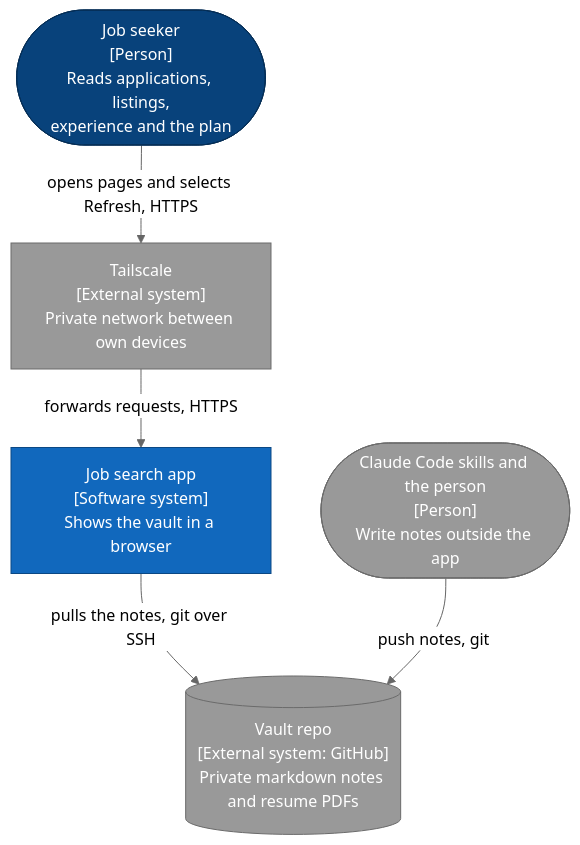
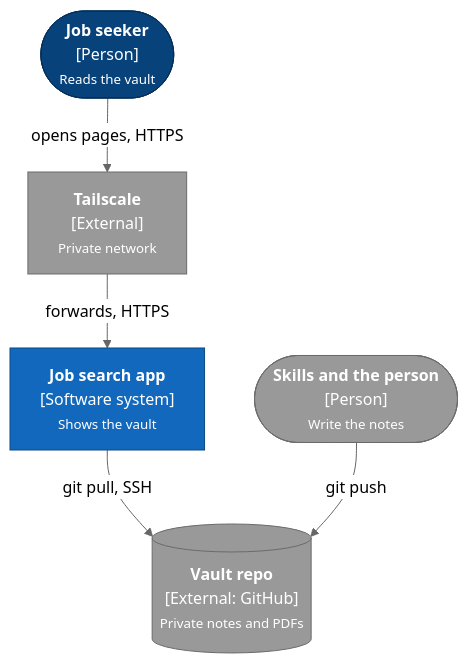
One commit to lyeyixian/job-search-app changed the first of 2 diagrams in docs/architecture/README.md. Above: the diagram before and after it, drawn with Mermaid (neutral theme). The commit also changed other lines of this file and 4 other files, not shown here.

First line of the commit message:
Shorten diagram labels and set line limits in the templates

````diff
--- a/docs/architecture/README.md
+++ b/docs/architecture/README.md
@@ -24,20 +24,20 @@
 ```mermaid
 flowchart TB
-    user(["Job seeker<br/>[Person]<br/>Reads applications, listings,<br/>experience and the plan"]):::person
-    app["Job search app<br/>[Software system]<br/>Shows the vault in a browser"]:::system
-    tailnet["Tailscale<br/>[External system]<br/>Private network between own devices"]:::external
-    vault[("Vault repo<br/>[External system: GitHub]<br/>Private markdown notes and resume PDFs")]:::external
-    writers(["Claude Code skills and the person<br/>[Person]<br/>Write notes outside the app"]):::external
+    user(["<b>Job seeker</b><br/>[Person]<br/><small>Reads the vault</small>"]):::person
+    app["<b>Job search app</b><br/>[Software system]<br/><small>Shows the vault</small>"]:::system
+    tailnet["<b>Tailscale</b><br/>[External]<br/><small>Private network</small>"]:::external
+    vault[("<b>Vault repo</b><br/>[External: GitHub]<br/><small>Private notes and PDFs</small>")]:::external
+    writers(["<b>Skills and the person</b><br/>[Person]<br/><small>Write the notes</small>"]):::external
 
-    user -- "opens pages and selects Refresh, HTTPS" --> tailnet
-    tailnet -- "forwards requests, HTTPS" --> app
-    app -- "pulls the notes, git over SSH" --> vault
-    writers -- "push notes, git" --> vault
+    user -- "opens pages, HTTPS" --> tailnet
+    tailnet -- "forwards, HTTPS" --> app
+    app -- "git pull, SSH" --> vault
+    writers -- "git push" --> vault
 
     classDef person fill:#08427b,stroke:#052e56,color:#ffffff
     classDef system fill:#1168bd,stroke:#0b4884,color:#ffffff
     classDef container fill:#438dd5,stroke:#2e6295,color:#ffffff
     classDef component fill:#85bbf0,stroke:#5d82a8,color:#000000
     classDef store fill:#438dd5,stroke:#2e6295,color:#ffffff
     classDef external fill:#999999,stroke:#6b6b6b,color:#ffffff
 ```
````
